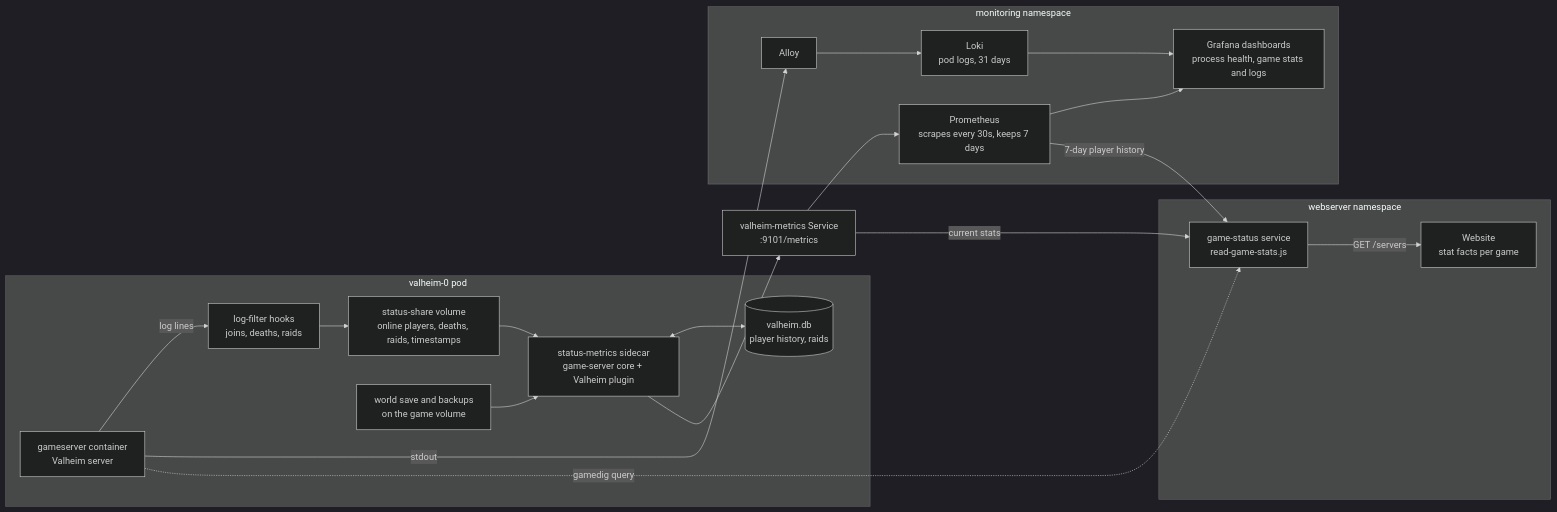
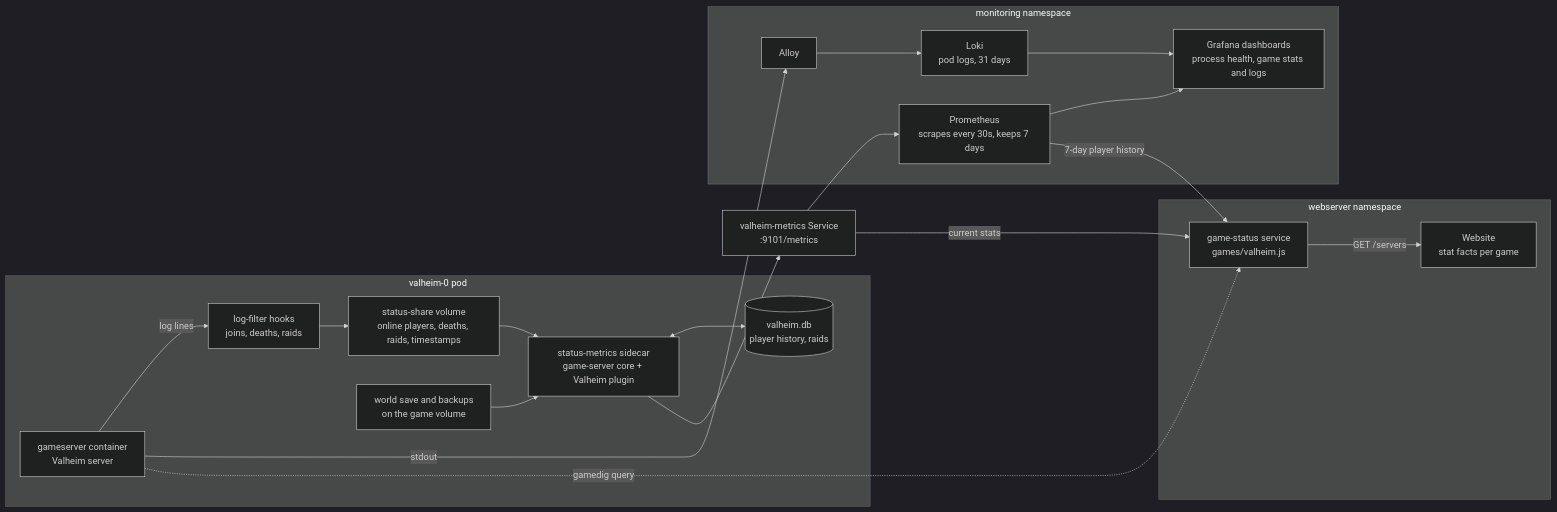
Before and after one commit to mindaugaskasp/k3s-gameservers: the diagram in docs/metrics-flow.md, drawn with Mermaid (dark theme). The commit also changed 2 other files, not shown here.

Commit message:
Point game docs at game-status's per-game files

````diff
--- a/docs/metrics-flow.md
+++ b/docs/metrics-flow.md
@@ -7,36 +7,36 @@
 ```mermaid
 flowchart LR
     subgraph pod["valheim-0 pod"]
         server["gameserver container<br/>Valheim server"]
         hooks["log-filter hooks<br/>joins, deaths, raids"]
         share["status-share volume<br/>online players, deaths, raids, timestamps"]
         save["world save and backups<br/>on the game volume"]
         sidecar["status-metrics sidecar<br/>game-server core + Valheim plugin"]
         db[("valheim.db<br/>player history, raids")]
         server -- "log lines" --> hooks --> share --> sidecar
         save --> sidecar
         sidecar <--> db
     end
 
     metrics["valheim-metrics Service<br/>:9101/metrics"]
     sidecar --> metrics
 
     subgraph monitoring["monitoring namespace"]
         prometheus["Prometheus<br/>scrapes every 30s, keeps 7 days"]
         alloy["Alloy"] --> loki["Loki<br/>pod logs, 31 days"]
         grafana["Grafana dashboards<br/>process health, game stats and logs"]
         prometheus --> grafana
         loki --> grafana
     end
     metrics --> prometheus
     server -- "stdout" --> alloy
 
     subgraph web["webserver namespace"]
-        status["game-status service<br/>read-game-stats.js"]
+        status["game-status service<br/>games/valheim.js"]
         site["Website<br/>stat facts per game"]
         status -- "GET /servers" --> site
     end
     metrics -- "current stats" --> status
     prometheus -- "7-day player history" --> status
     server -. "gamedig query" .-> status
 ```
````
